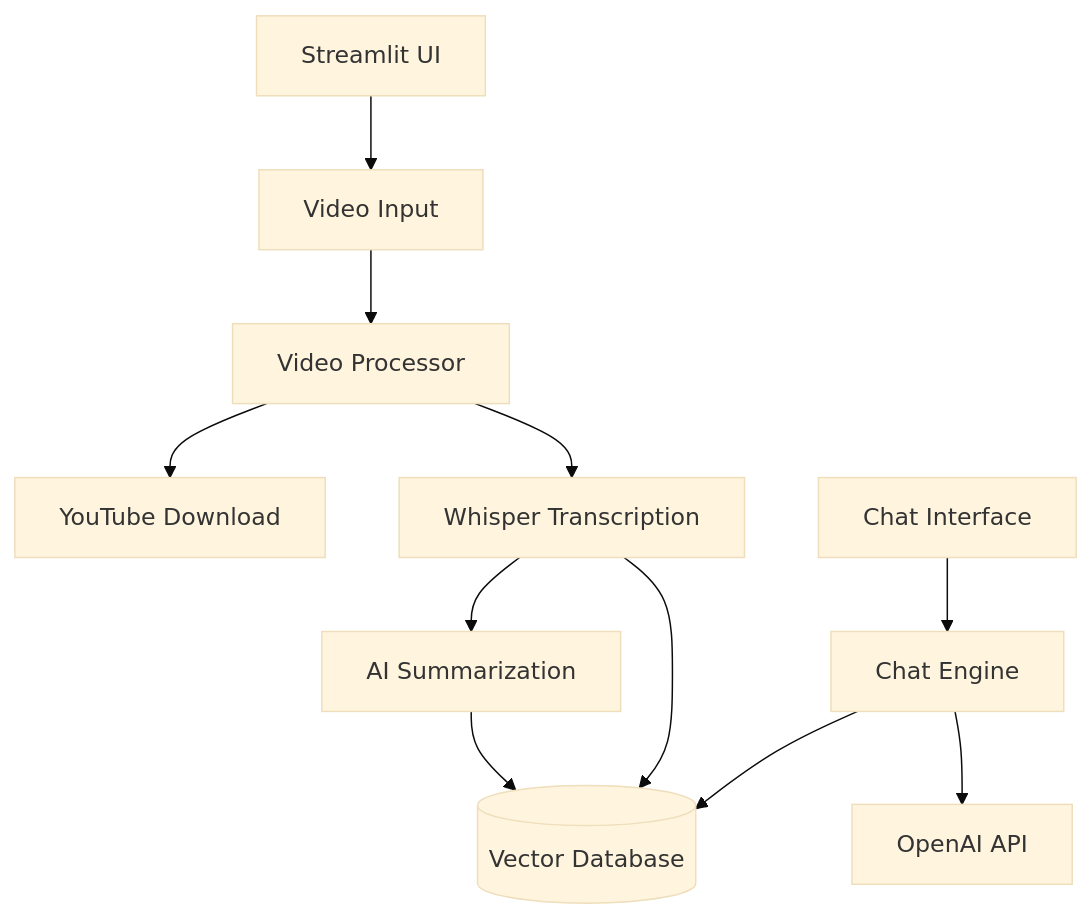
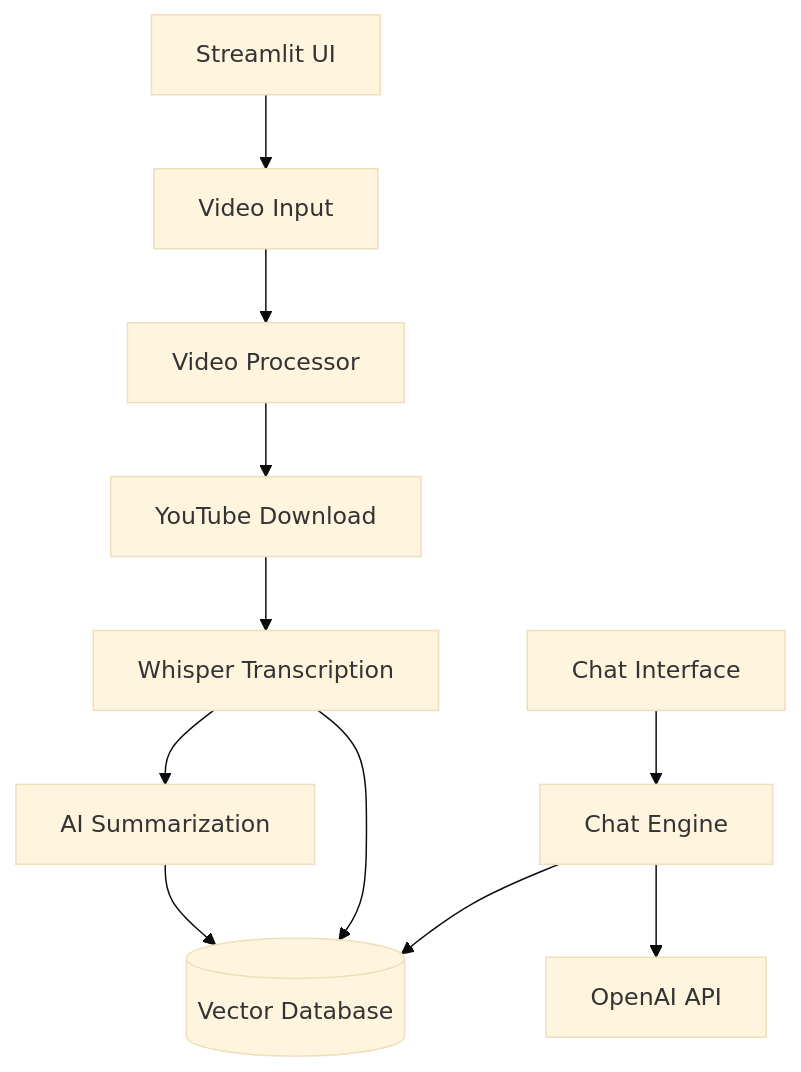
The diagram in README.md (riyanshibohra/VideoMind-AI), drawn with Mermaid (base theme) before and after one commit. The commit also changed other lines of this file, not shown here.

````diff
--- a/README.md
+++ b/README.md
@@ -36,15 +43,15 @@
 ```mermaid
 graph TD
     A[Streamlit UI] --> B[Video Input]
     B --> C[Video Processor]
     C --> D[YouTube Download]
-    C --> E[Whisper Transcription]
+    D --> E[Whisper Transcription]
     E --> F[AI Summarization]
     
     G[Chat Interface] --> H[Chat Engine]
     H --> I[(Vector Database)]
     H --> J[OpenAI API]
     
     E --> I
     F --> I
 ```
````
